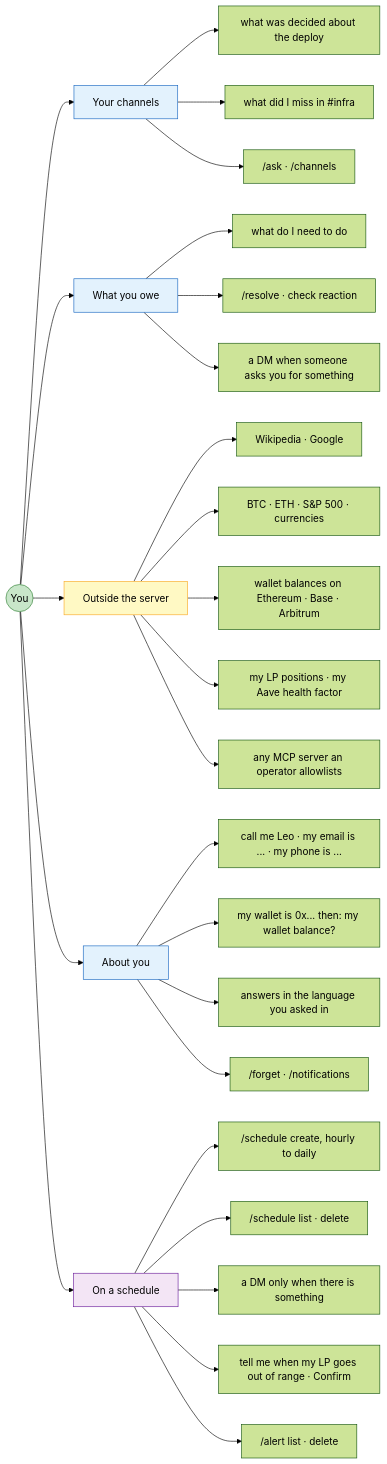
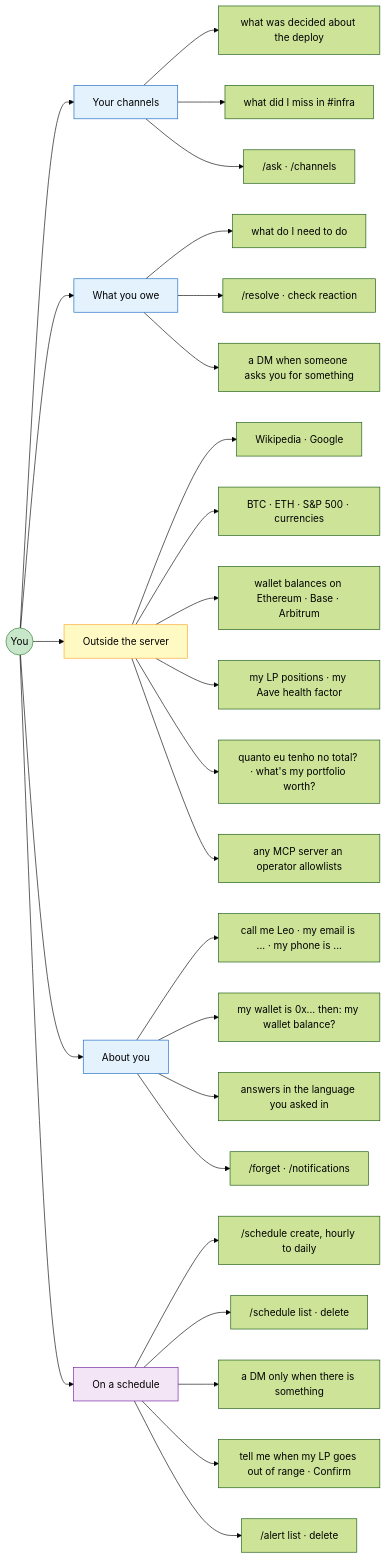
The second of 4 diagrams in README.md (CyberdyneCorp/CyberFriend), drawn with Mermaid (forest theme) before and after one commit. The commit also changed other lines of this file and 29 other files, not shown here.

First line of the commit message:
Answer "quanto eu tenho no total?" with a portfolio total per chain and wallet

````diff
--- a/README.md
+++ b/README.md
@@ -93,41 +96,42 @@
 ```mermaid
 graph LR
     P(("You"))
 
     P --> CORPUS["Your channels"]
     CORPUS --> C1["what was decided about the deploy"]
     CORPUS --> C2["what did I miss in #infra"]
     CORPUS --> C3["/ask &middot; /channels"]
 
     P --> OWED["What you owe"]
     OWED --> O1["what do I need to do"]
     OWED --> O2["/resolve &middot; check reaction"]
     OWED --> O3["a DM when someone asks you for something"]
 
     P --> OUT["Outside the server"]
     OUT --> X1["Wikipedia &middot; Google"]
     OUT --> X2["BTC &middot; ETH &middot; S&P 500 &middot; currencies"]
     OUT --> X3["wallet balances on Ethereum &middot; Base &middot; Arbitrum"]
     OUT --> X5["my LP positions &middot; my Aave health factor"]
+    OUT --> X6["quanto eu tenho no total? &middot; what's my portfolio worth?"]
     OUT --> X4["any MCP server an operator allowlists"]
 
     P --> YOU["About you"]
     YOU --> Y1["call me Leo &middot; my email is ... &middot; my phone is ..."]
     YOU --> Y2["my wallet is 0x... then: my wallet balance?"]
     YOU --> Y3["answers in the language you asked in"]
     YOU --> Y4["/forget &middot; /notifications"]
 
     P --> WHEN["On a schedule"]
     WHEN --> W1["/schedule create, hourly to daily"]
     WHEN --> W2["/schedule list &middot; delete"]
     WHEN --> W3["a DM only when there is something"]
     WHEN --> W4["tell me when my LP goes out of range &middot; Confirm"]
     WHEN --> W5["/alert list &middot; delete"]
 
     style P fill:#C8E6C9,stroke:#2E7D32
     style CORPUS fill:#E3F2FD,stroke:#1565C0
     style OWED fill:#E3F2FD,stroke:#1565C0
     style OUT fill:#FFF9C4,stroke:#F9A825
     style YOU fill:#E3F2FD,stroke:#1565C0
     style WHEN fill:#F3E5F5,stroke:#6A1B9A
 ```
````
